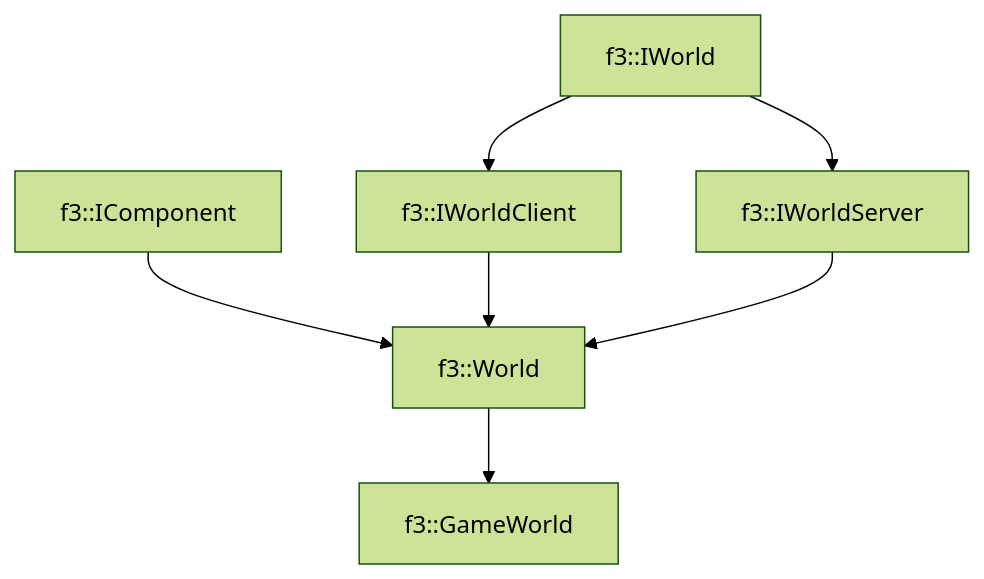
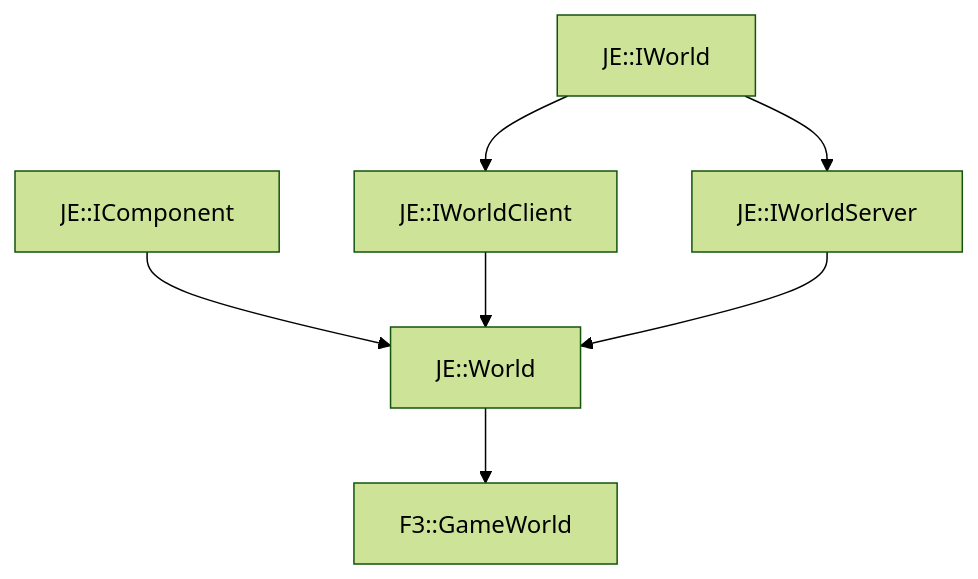
Before and after one commit to OpenJE/openvb: the diagram in docs/f3/GameWorld.md, drawn with Mermaid (forest theme). The commit also changed other lines of this file and 1399 other files, not shown here.

````diff
--- a/docs/f3/GameWorld.md
+++ b/docs/f3/GameWorld.md
@@ -20,9 +20,9 @@
 ```mermaid
 graph TD;
-    f3::IWorld --> f3::IWorldClient
-    f3::IWorld --> f3::IWorldServer
-    f3::IComponent --> f3::World
-    f3::IWorldClient --> f3::World
-    f3::IWorldServer --> f3::World
-    f3::World --> f3::GameWorld
+    JE::IWorld --> JE::IWorldClient
+    JE::IWorld --> JE::IWorldServer
+    JE::IComponent --> JE::World
+    JE::IWorldClient --> JE::World
+    JE::IWorldServer --> JE::World
+    JE::World --> F3::GameWorld
 ```
````
